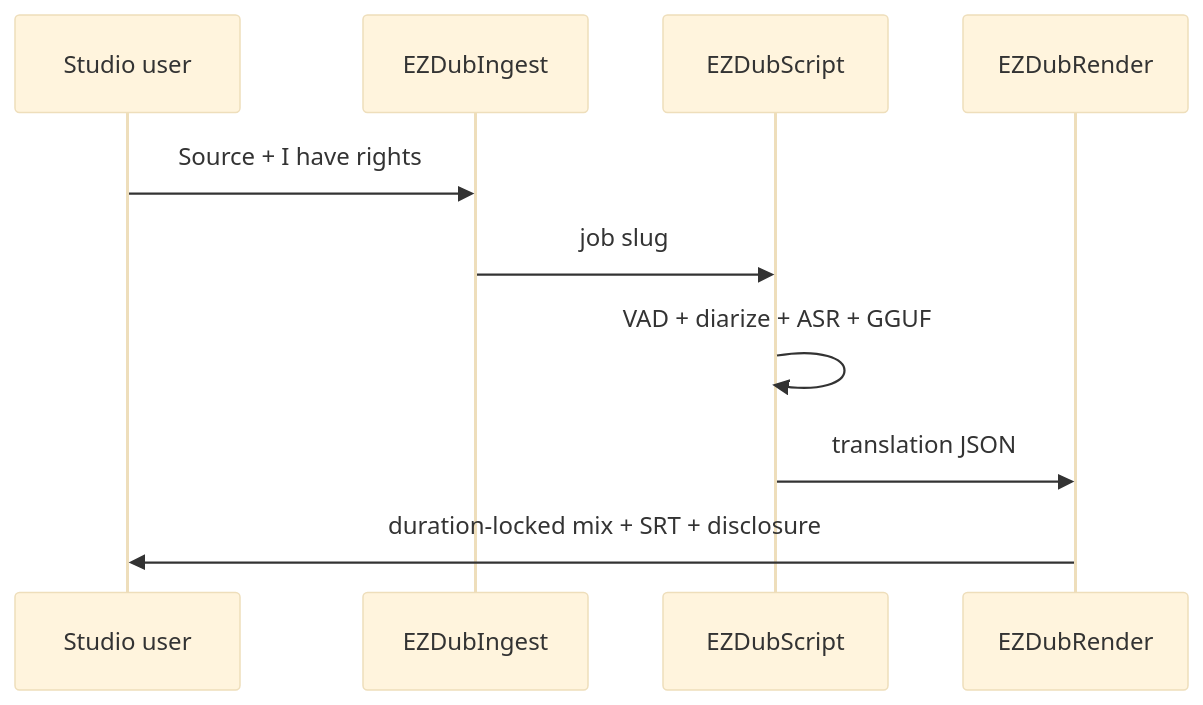
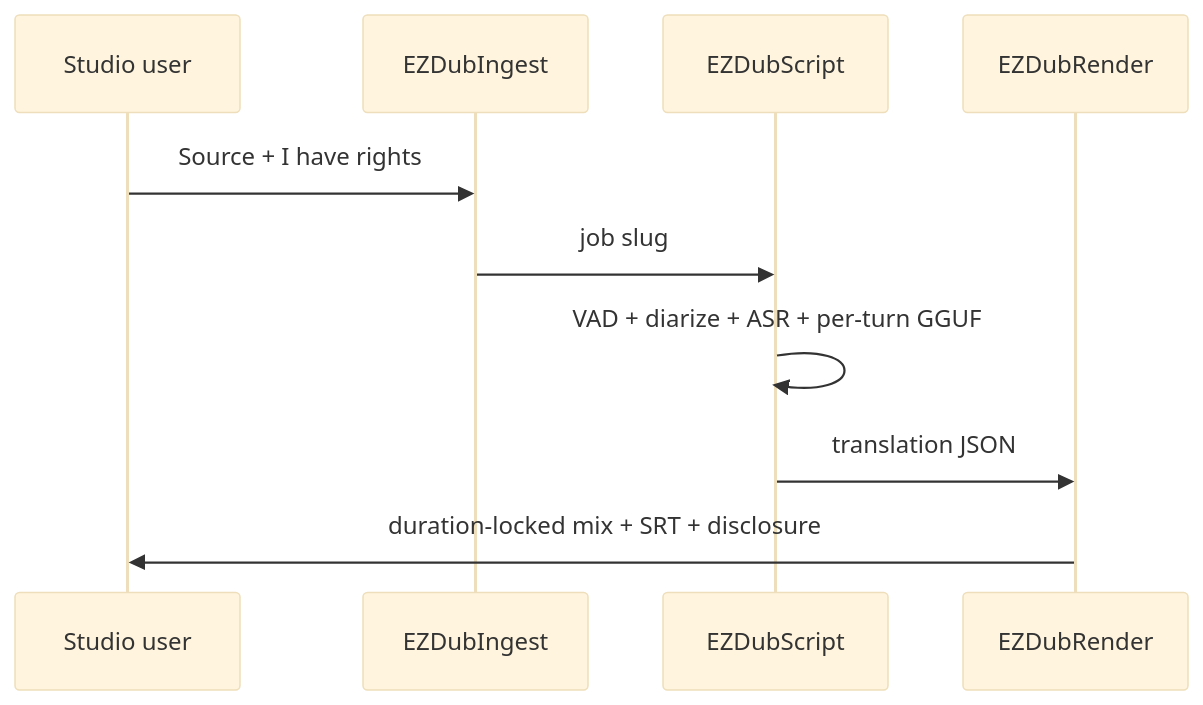
The diagram in docs/dub.md (toxicoder/ez-comfy-stack), drawn with Mermaid (base theme) before and after one commit. The commit also changed other lines of this file and 67 other files, not shown here.

First line of the commit message:
fix: translate dub turns and pin Prompt Enhance off on authored graphs

````diff
--- a/docs/dub.md
+++ b/docs/dub.md
@@ -164,13 +164,13 @@
 ```mermaid
 sequenceDiagram
   participant U as Studio user
   participant I as EZDubIngest
   participant S as EZDubScript
   participant R as EZDubRender
 
   U->>I: Source + I have rights
   I->>S: job slug
-  S->>S: VAD + diarize + ASR + GGUF
+  S->>S: VAD + diarize + ASR + per-turn GGUF
   S->>R: translation JSON
   R->>U: duration-locked mix + SRT + disclosure
 ```
````
